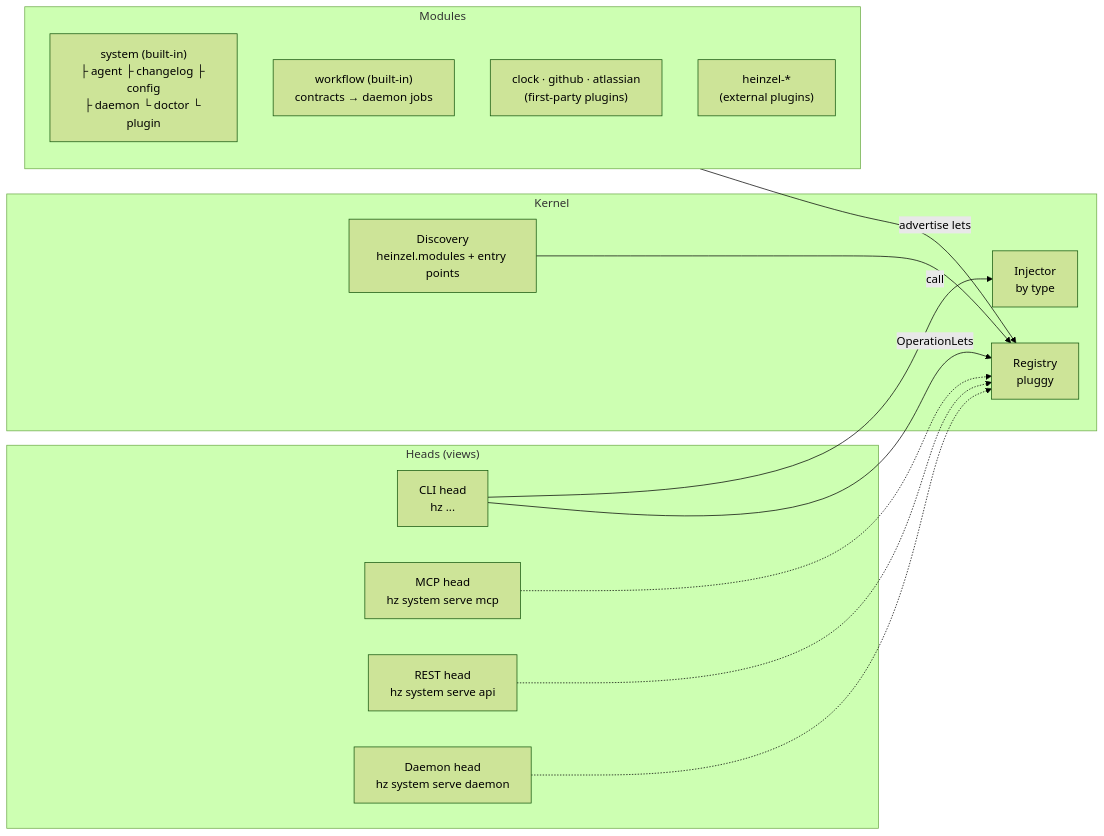
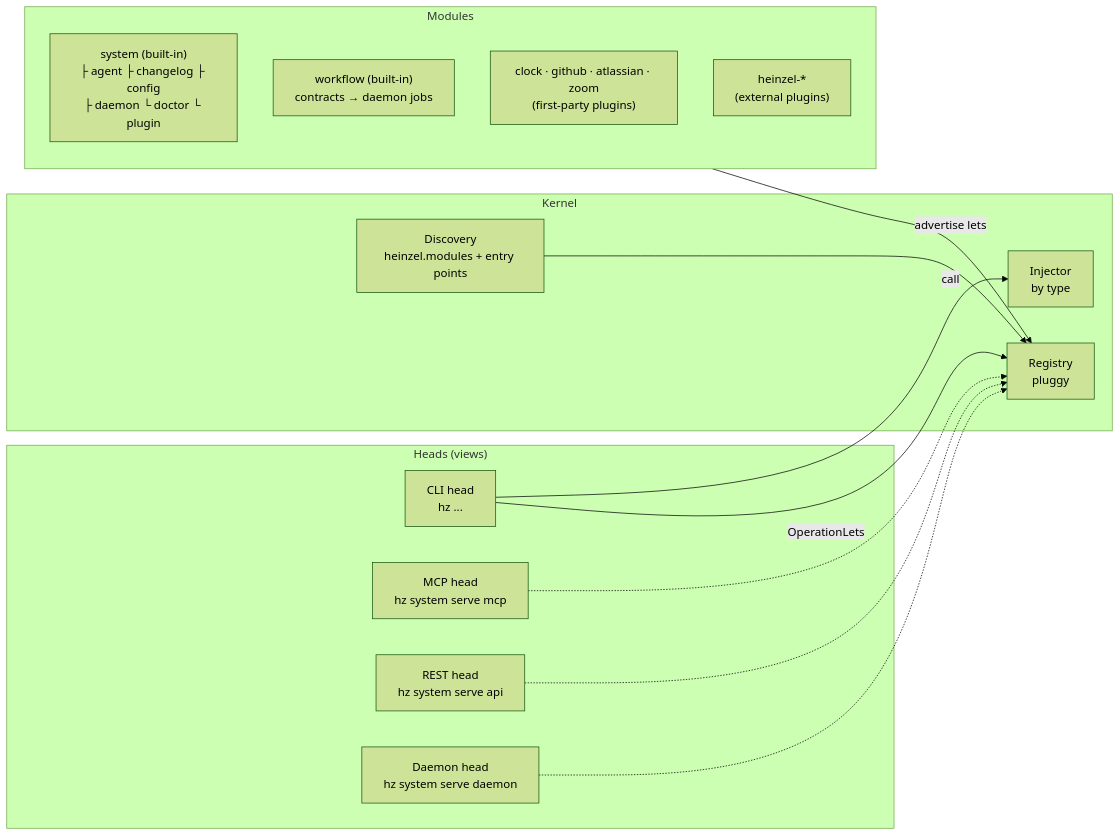
The diagram in docs/ARCHITECTURE.md (helmut-hoffer-von-ankershoffen/heinzel), drawn with Mermaid (forest theme) before and after one commit. The commit also changed other lines of this file and 32 other files, not shown here.

````diff
--- a/docs/ARCHITECTURE.md
+++ b/docs/ARCHITECTURE.md
@@ -5,27 +5,27 @@
 ```mermaid
 flowchart LR
     subgraph Heads["Heads (views)"]
         CLI["CLI head<br/>hz ..."]
         MCP["MCP head<br/>hz system serve mcp"]
         REST["REST head<br/>hz system serve api"]
         Daemon["Daemon head<br/>hz system serve daemon"]
     end
     subgraph Kernel
         Discovery["Discovery<br/>heinzel.modules + entry points"]
         Registry["Registry<br/>pluggy"]
         Injector["Injector<br/>by type"]
     end
     subgraph Modules
         System["system (built-in)<br/>├ agent ├ changelog ├ config<br/>├ daemon └ doctor └ plugin"]
         Workflow["workflow (built-in)<br/>contracts → daemon jobs"]
-        Clock["clock · github · atlassian<br/>(first-party plugins)"]
+        Clock["clock · github · atlassian · zoom<br/>(first-party plugins)"]
         Ext["heinzel-*<br/>(external plugins)"]
     end
     Discovery --> Registry
     Modules -- "advertise lets" --> Registry
     CLI -- "OperationLets" --> Registry
     MCP -.-> Registry
     REST -.-> Registry
     Daemon -.-> Registry
     CLI -- "call" --> Injector
 ```
````
